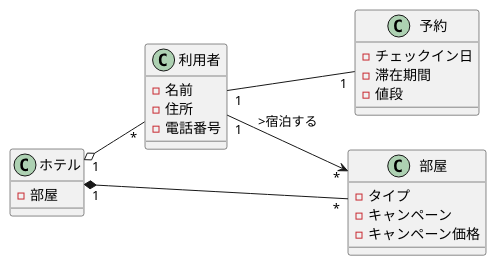
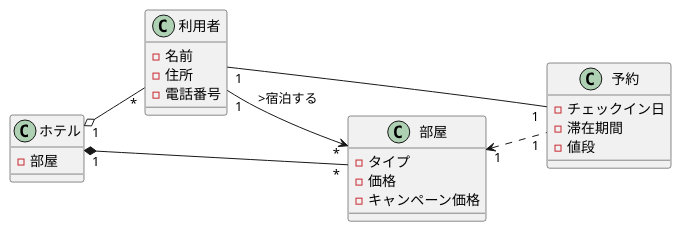
One commit to kenkensan/uml-introduction changed the diagram in 演習3-3_CL_ホテルと利用者と部屋と予約.pu. Above: the diagram before and after it, drawn with PlantUML. The commit also changed 1 other file, not shown here.

```diff
--- a/演習3-3_CL_ホテルと利用者と部屋と予約.pu
+++ b/演習3-3_CL_ホテルと利用者と部屋と予約.pu
@@ -1,26 +1,27 @@
 @startuml 3-3
 left to right direction
 class 利用者{
 -名前
 -住所
 -電話番号
 }
 class ホテル{
 -部屋
 }
 class 部屋{
 -タイプ
--キャンペーン
+-価格
 -キャンペーン価格
     
 }
 class 予約{
 -チェックイン日
 -滞在期間
 -値段   
 }
 ホテル "1"*--"*" 部屋
 利用者 "1"--"1" 予約
 ホテル "1" o--"*" 利用者
 利用者"1"-->"*" 部屋:>宿泊する
+部屋 "1"<.."1" 予約
 @enduml
```
